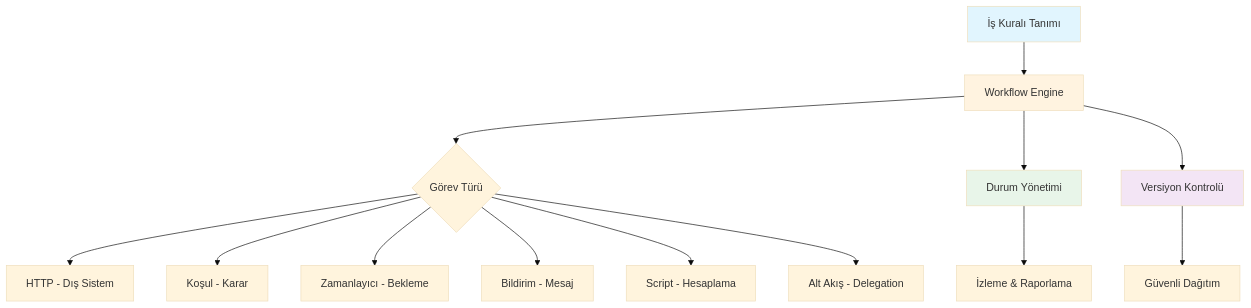
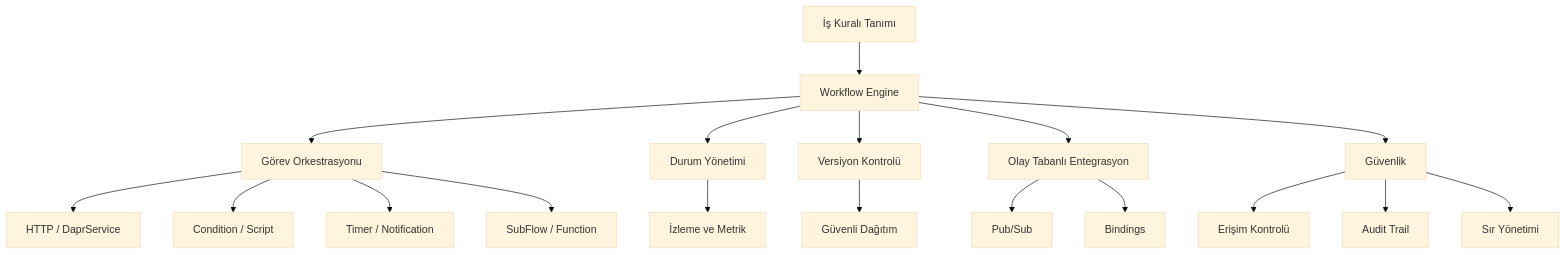
Before and after one commit to burgan-tech/vnext-docs: the second of 2 diagrams in business/capabilities/index.md, drawn with Mermaid (base theme). The commit also changed other lines of this file and 14 other files, not shown here.

````diff
--- a/business/capabilities/index.md
+++ b/business/capabilities/index.md
@@ -103,22 +157,24 @@
 ```mermaid
 graph TB
     A[İş Kuralı Tanımı] --> B[Workflow Engine]
-    B --> C{Görev Türü}
-    C --> D[HTTP - Dış Sistem]
-    C --> E[Koşul - Karar]
-    C --> F[Zamanlayıcı - Bekleme]
-    C --> G[Bildirim - Mesaj]
-    C --> H[Script - Hesaplama]
-    C --> I[Alt Akış - Delegation]
-    
-    B --> J[Durum Yönetimi]
-    J --> K[İzleme & Raporlama]
-    
-    B --> L[Versiyon Kontrolü]
-    L --> M[Güvenli Dağıtım]
-    
-    style A fill:#e1f5fe
-    style B fill:#fff3e0
-    style J fill:#e8f5e9
-    style L fill:#f3e5f5
+    B --> C[Görev Orkestrasyonu]
+    C --> C1[HTTP / DaprService]
+    C --> C2[Condition / Script]
+    C --> C3[Timer / Notification]
+    C --> C4[SubFlow / Function]
+
+    B --> D[Durum Yönetimi]
+    D --> E[İzleme ve Metrik]
+
+    B --> F[Versiyon Kontrolü]
+    F --> G[Güvenli Dağıtım]
+
+    B --> H[Olay Tabanlı Entegrasyon]
+    H --> H1[Pub/Sub]
+    H --> H2[Bindings]
+
+    B --> I[Güvenlik]
+    I --> I1[Erişim Kontrolü]
+    I --> I2[Audit Trail]
+    I --> I3[Sır Yönetimi]
 ```
````
